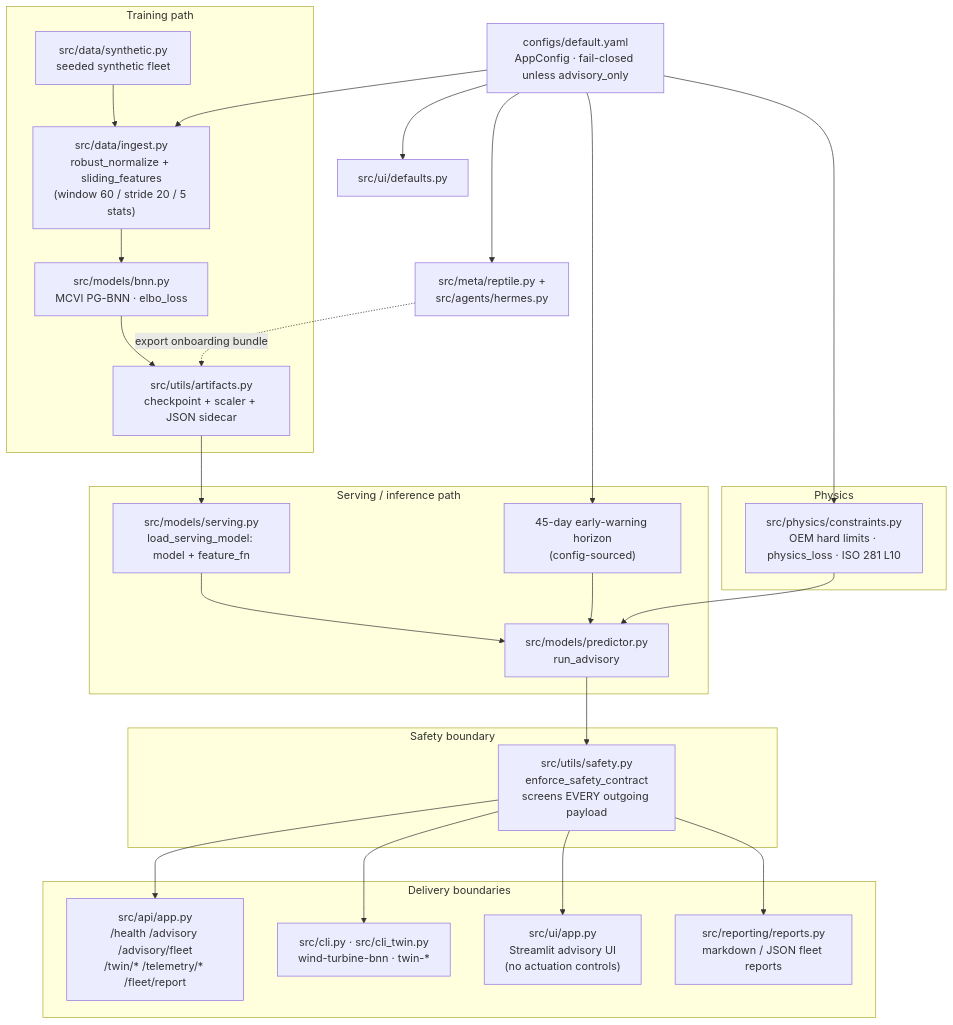
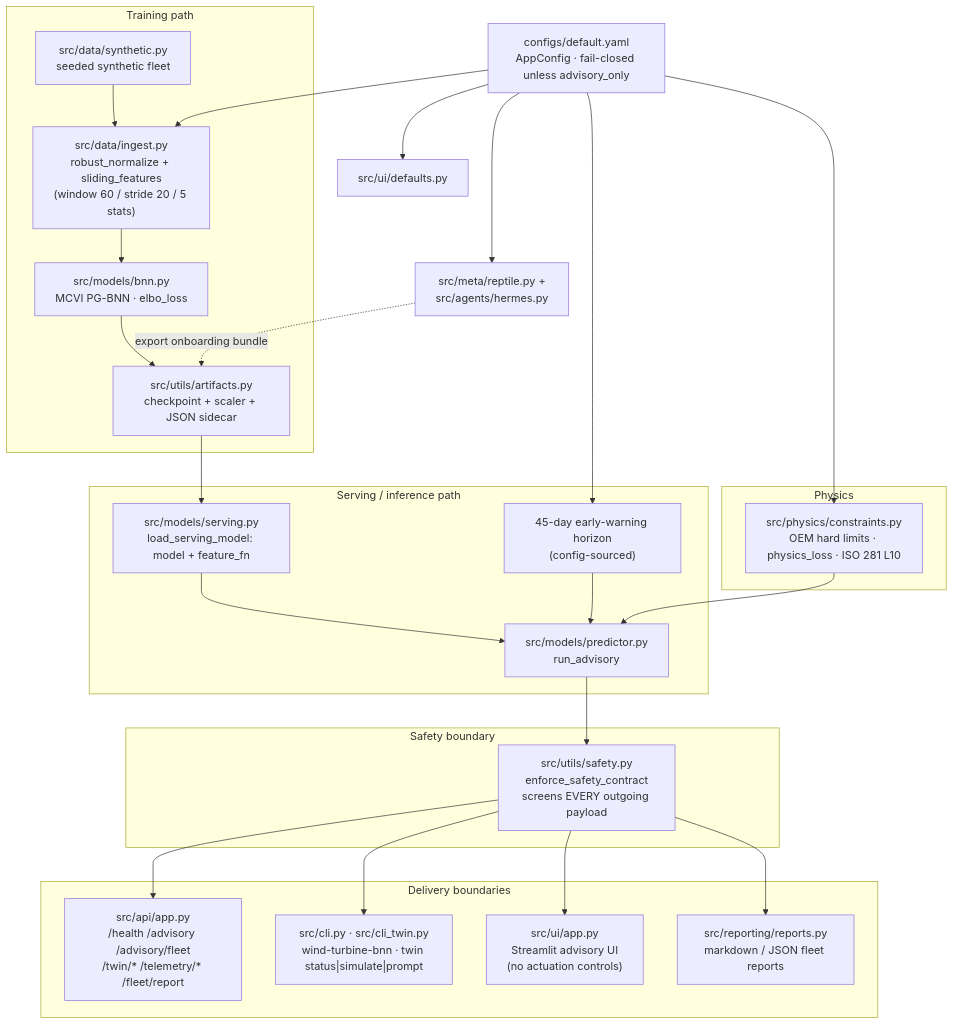
Before and after one commit to rajaram-2005/wind-turbine-pg-bnn: the first of 6 diagrams in docs/DIAGRAMS.md, drawn with Mermaid. The commit also changed 14 other files, not shown here.

````diff
--- a/docs/DIAGRAMS.md
+++ b/docs/DIAGRAMS.md
@@ -12,50 +12,50 @@
 ```mermaid
 flowchart TD
     CFG["configs/default.yaml<br/>AppConfig · fail-closed unless advisory_only"]
 
     subgraph TRAIN["Training path"]
         SYN["src/data/synthetic.py<br/>seeded synthetic fleet"]
         ING["src/data/ingest.py<br/>robust_normalize + sliding_features<br/>(window 60 / stride 20 / 5 stats)"]
         BNN["src/models/bnn.py<br/>MCVI PG-BNN · elbo_loss"]
         ART["src/utils/artifacts.py<br/>checkpoint + scaler + JSON sidecar"]
         SYN --> ING --> BNN --> ART
     end
 
     subgraph SERVE["Serving / inference path"]
         SRV["src/models/serving.py<br/>load_serving_model: model + feature_fn"]
         PRED["src/models/predictor.py<br/>run_advisory"]
         EWC["45-day early-warning horizon<br/>(config-sourced)"]
         SRV --> PRED
         EWC --> PRED
     end
 
     subgraph PHY["Physics"]
         CONS["src/physics/constraints.py<br/>OEM hard limits · physics_loss · ISO 281 L10"]
     end
 
     subgraph SAFE["Safety boundary"]
         CONTRACT["src/utils/safety.py<br/>enforce_safety_contract<br/>screens EVERY outgoing payload"]
     end
 
     subgraph OUT["Delivery boundaries"]
         API["src/api/app.py<br/>/health /advisory /advisory/fleet<br/>/twin/* /telemetry/* /fleet/report"]
-        CLI["src/cli.py · src/cli_twin.py<br/>wind-turbine-bnn · twin-*"]
+        CLI["src/cli.py · src/cli_twin.py<br/>wind-turbine-bnn · twin status|simulate|prompt"]
         UI["src/ui/app.py<br/>Streamlit advisory UI<br/>(no actuation controls)"]
         RPT["src/reporting/reports.py<br/>markdown / JSON fleet reports"]
     end
 
     CFG --> CONS
     CFG --> EWC
     CFG --> ING
     CFG --> META["src/meta/reptile.py +<br/>src/agents/hermes.py"]
     CFG --> UID["src/ui/defaults.py"]
 
     ART --> SRV
     META -.->|export onboarding bundle| ART
     CONS --> PRED
     PRED --> CONTRACT
     CONTRACT --> API
     CONTRACT --> CLI
     CONTRACT --> UI
     CONTRACT --> RPT
 ```
````
